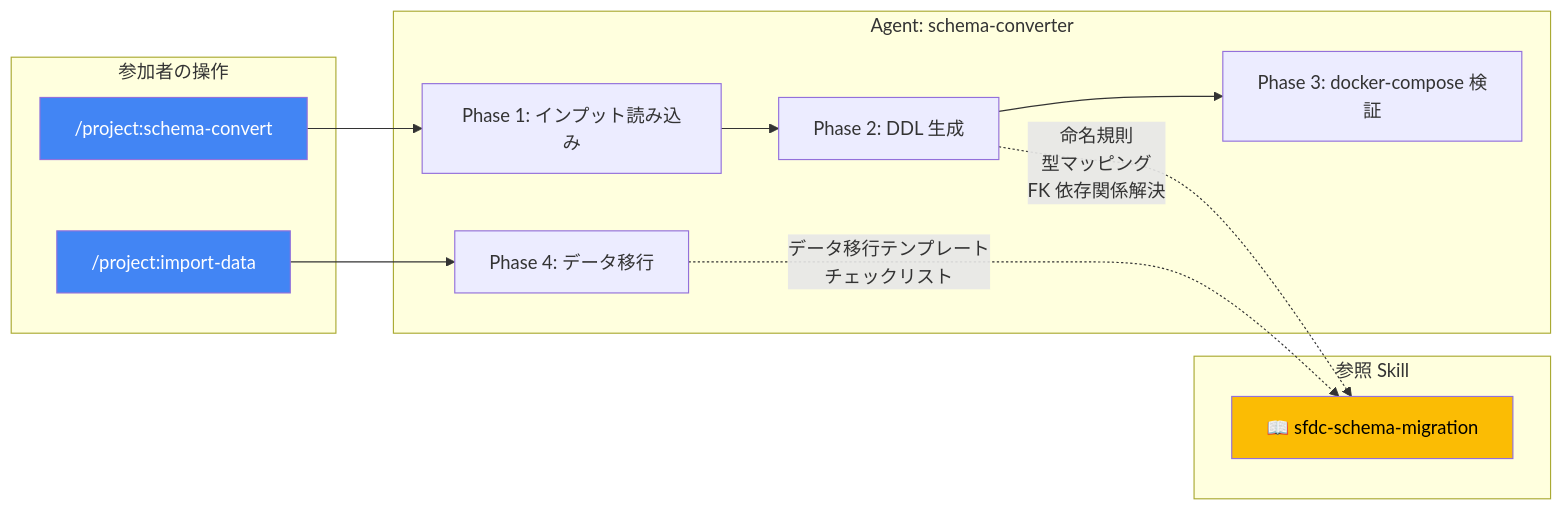
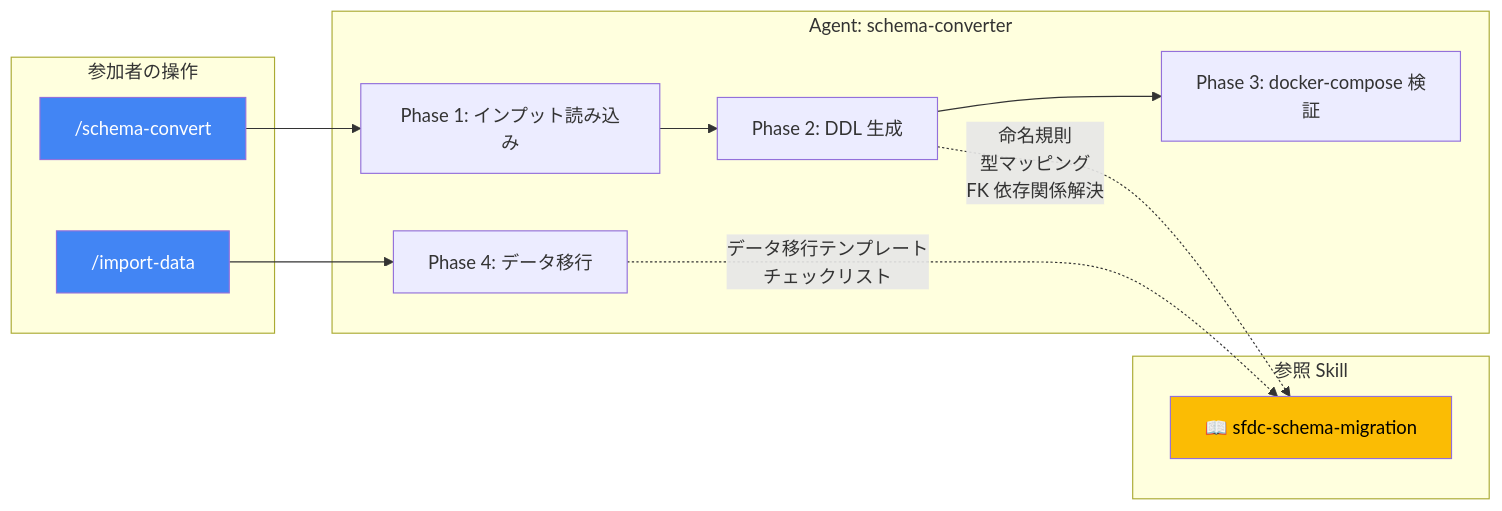
One commit to tyorikan/migration-with-ai changed the fifth of 9 diagrams in workshop-real/README.md. Above: the diagram before and after it, drawn with Mermaid. The commit also changed other lines of this file and 5 other files, not shown here.

````diff
--- a/workshop-real/README.md
+++ b/workshop-real/README.md
@@ -301,27 +301,27 @@
 ```mermaid
 flowchart LR
     subgraph "参加者の操作"
-        C3["/project:schema-convert"]
-        C4["/project:import-data"]
+        C3["/schema-convert"]
+        C4["/import-data"]
     end
 
     subgraph "Agent: schema-converter"
         B1["Phase 1: インプット読み込み"]
         B2["Phase 2: DDL 生成"]
         B3["Phase 3: docker-compose 検証"]
         B4["Phase 4: データ移行"]
     end
 
     subgraph "参照 Skill"
         S2["📖 sfdc-schema-migration"]
     end
 
     C3 --> B1 --> B2 --> B3
     C4 --> B4
     B2 -.->|"命名規則<br/>型マッピング<br/>FK 依存関係解決"| S2
     B4 -.->|"データ移行テンプレート<br/>チェックリスト"| S2
 
     style C3 fill:#4285F4,color:#fff
     style C4 fill:#4285F4,color:#fff
     style S2 fill:#FBBC04,color:#000
 ```
````
